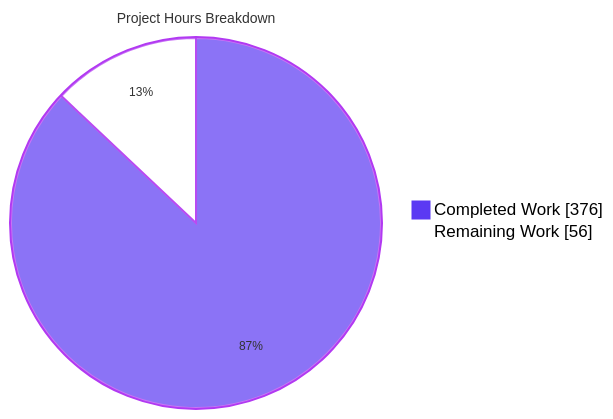
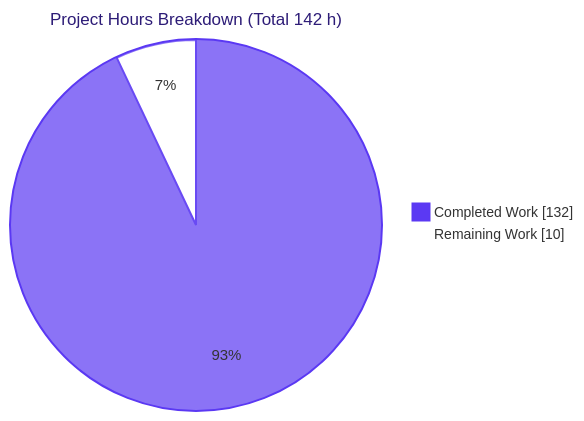
Before and after one commit to Blitzy-Sandbox/blitzy-odoo: the second of 3 diagrams in blitzy/documentation/Project Guide.md, drawn with Mermaid. The commit also changed other lines of this file, not shown here.

Commit message:
Adding Blitzy Project Guide: Project Status and Human Tasks Remaining

````diff
--- a/blitzy/documentation/Project Guide.md
+++ b/blitzy/documentation/Project Guide.md
@@ -344,6 +200,6 @@
 ```mermaid
-%%{init: {'theme':'base','themeVariables':{'pie1':'#5B39F3','pie2':'#FFFFFF','pieStrokeColor':'#B23AF2','pieOuterStrokeColor':'#B23AF2','pieOuterStrokeWidth':'2px','pieTitleTextSize':'14px','pieSectionTextSize':'12px','pieLegendTextColor':'#000000'}}}%%
-pie showData title Project Hours Breakdown
-    "Completed Work" : 376
-    "Remaining Work" : 56
+%%{init: {'theme':'base', 'themeVariables': {'pie1':'#5B39F3','pie2':'#FFFFFF','pieStrokeColor':'#5B39F3','pieStrokeWidth':'2px','pieOuterStrokeColor':'#5B39F3','pieOuterStrokeWidth':'2px','pieTitleTextSize':'17px','pieSectionTextSize':'15px','pieLegendTextSize':'14px','pieTitleTextColor':'#2D1C77'}}}%%
+pie showData title Project Hours Breakdown (Total 142 h)
+    "Completed Work" : 132
+    "Remaining Work" : 10
 ```
````
